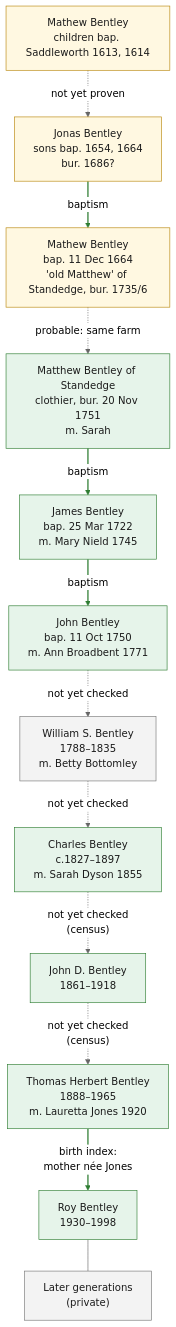
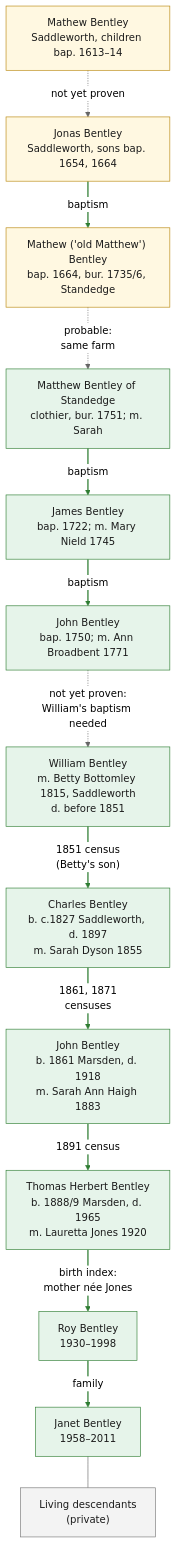
One commit to OPISGUY/Bentley-Family-History changed the diagram in family-tree.md. Above: the diagram before and after it, drawn with Mermaid (neutral theme). The commit also changed other lines of this file and 3 other files, not shown here.

First line of the commit message:
Rebuild the family tree from records, starting from Janet Bentley

````diff
--- a/family-tree.md
+++ b/family-tree.md
@@ -21,33 +17,35 @@
 ```mermaid
 flowchart TD
     classDef found fill:#e6f4ea,stroke:#2e7d32,color:#1b1b1b
     classDef probable fill:#fff8e1,stroke:#b8860b,color:#1b1b1b
-    classDef unchecked fill:#f3f3f3,stroke:#777777,color:#1b1b1b
+    classDef gap fill:#f3f3f3,stroke:#777777,color:#1b1b1b
 
-    S1["Mathew Bentley<br/>children bap. Saddleworth 1613, 1614"]:::probable
-    S2["Jonas Bentley<br/>sons bap. 1654, 1664<br/>bur. 1686?"]:::probable
-    S3["Mathew Bentley<br/>bap. 11 Dec 1664<br/>'old Matthew' of Standedge, bur. 1735/6"]:::probable
-    G11["Matthew Bentley of Standedge<br/>clothier, bur. 20 Nov 1751<br/>m. Sarah"]:::found
-    G12["James Bentley<br/>bap. 25 Mar 1722<br/>m. Mary Nield 1745"]:::found
-    G13["John Bentley<br/>bap. 11 Oct 1750<br/>m. Ann Broadbent 1771"]:::found
-    G14["William S. Bentley<br/>1788–1835<br/>m. Betty Bottomley"]:::unchecked
-    G15["Charles Bentley<br/>c.1827–1897<br/>m. Sarah Dyson 1855"]:::found
-    G16["John D. Bentley<br/>1861–1918"]:::found
-    G17["Thomas Herbert Bentley<br/>1888–1965<br/>m. Lauretta Jones 1920"]:::found
-    G18["Roy Bentley<br/>1930–1998"]:::found
-    PRIV["Later generations<br/>(private)"]:::unchecked
+    A1["Mathew Bentley<br/>Saddleworth, children bap. 1613–14"]:::probable
+    A2["Jonas Bentley<br/>Saddleworth, sons bap. 1654, 1664"]:::probable
+    A3["Mathew ('old Matthew') Bentley<br/>bap. 1664, bur. 1735/6, Standedge"]:::probable
+    A4["Matthew Bentley of Standedge<br/>clothier, bur. 1751; m. Sarah"]:::found
+    A5["James Bentley<br/>bap. 1722; m. Mary Nield 1745"]:::found
+    A6["John Bentley<br/>bap. 1750; m. Ann Broadbent 1771"]:::found
+    B1["William Bentley<br/>m. Betty Bottomley 1815, Saddleworth<br/>d. before 1851"]:::found
+    B2["Charles Bentley<br/>b. c.1827 Saddleworth, d. 1897<br/>m. Sarah Dyson 1855"]:::found
+    B3["John Bentley<br/>b. 1861 Marsden, d. 1918<br/>m. Sarah Ann Haigh 1883"]:::found
+    B4["Thomas Herbert Bentley<br/>b. 1888/9 Marsden, d. 1965<br/>m. Lauretta Jones 1920"]:::found
+    B5["Roy Bentley<br/>1930–1998"]:::found
+    B6["Janet Bentley<br/>1958–2011"]:::found
+    P["Living descendants<br/>(private)"]:::gap
 
-    S1 -.->|not yet proven| S2
-    S2 -->|baptism| S3
-    S3 -.->|"probable: same farm"| G11
-    G11 -->|baptism| G12
-    G12 -->|baptism| G13
-    G13 -.->|not yet checked| G14
-    G14 -.->|not yet checked| G15
-    G15 -.->|"not yet checked<br/>(census)"| G16
-    G16 -.->|"not yet checked<br/>(census)"| G17
-    G17 -->|"birth index:<br/>mother née Jones"| G18
-    G18 --- PRIV
+    A1 -.->|not yet proven| A2
+    A2 -->|baptism| A3
+    A3 -.->|"probable:<br/>same farm"| A4
+    A4 -->|baptism| A5
+    A5 -->|baptism| A6
+    A6 -.->|"not yet proven:<br/>William's baptism needed"| B1
+    B1 -->|"1851 census<br/>(Betty's son)"| B2
+    B2 -->|"1861, 1871<br/>censuses"| B3
+    B3 -->|"1891 census"| B4
+    B4 -->|"birth index:<br/>mother née Jones"| B5
+    B5 -->|family| B6
+    B6 --- P
 
-    linkStyle 1,3,4,9 stroke:#2e7d32,stroke-width:2px
+    linkStyle 1,3,4,6,7,8,9,10 stroke:#2e7d32,stroke-width:2px
 ```
````
